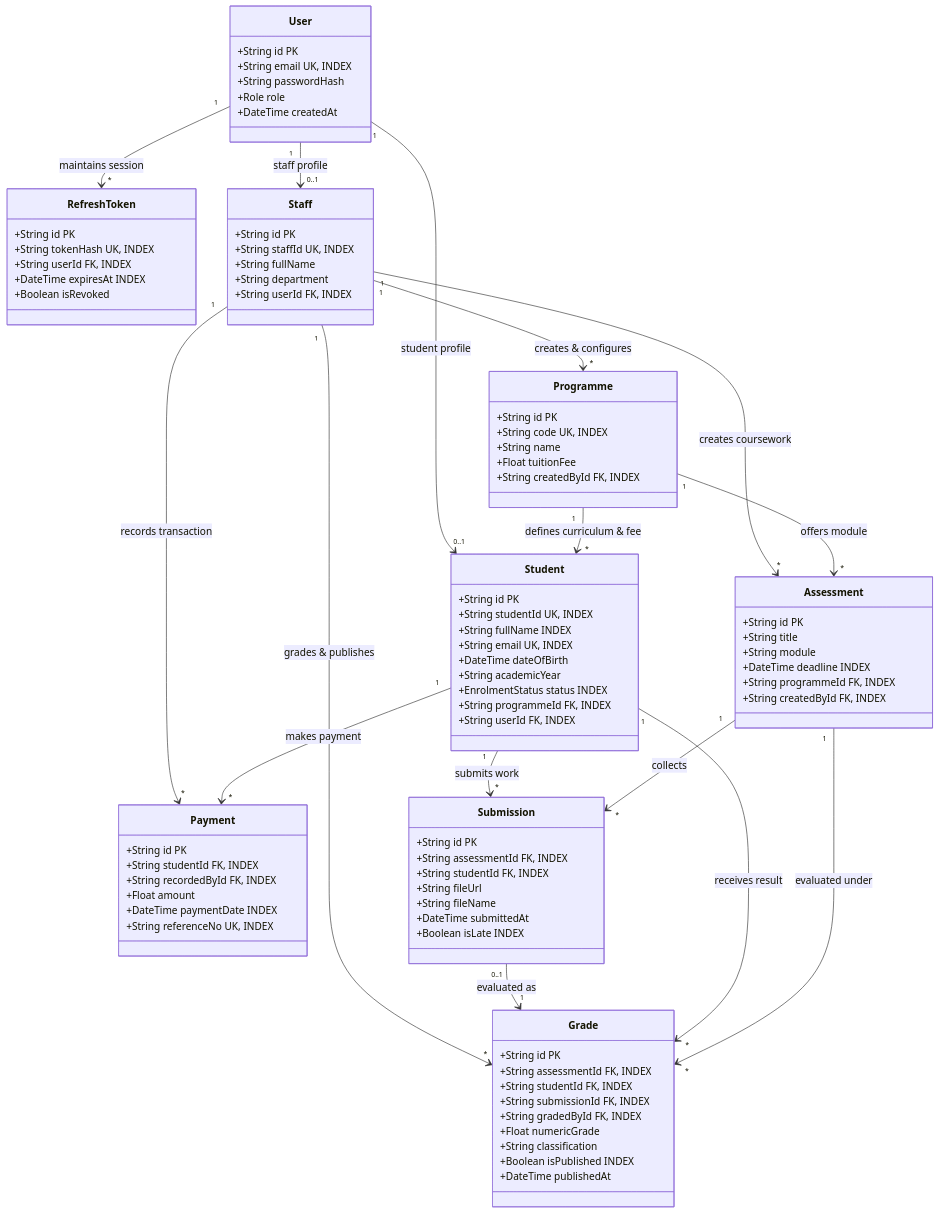
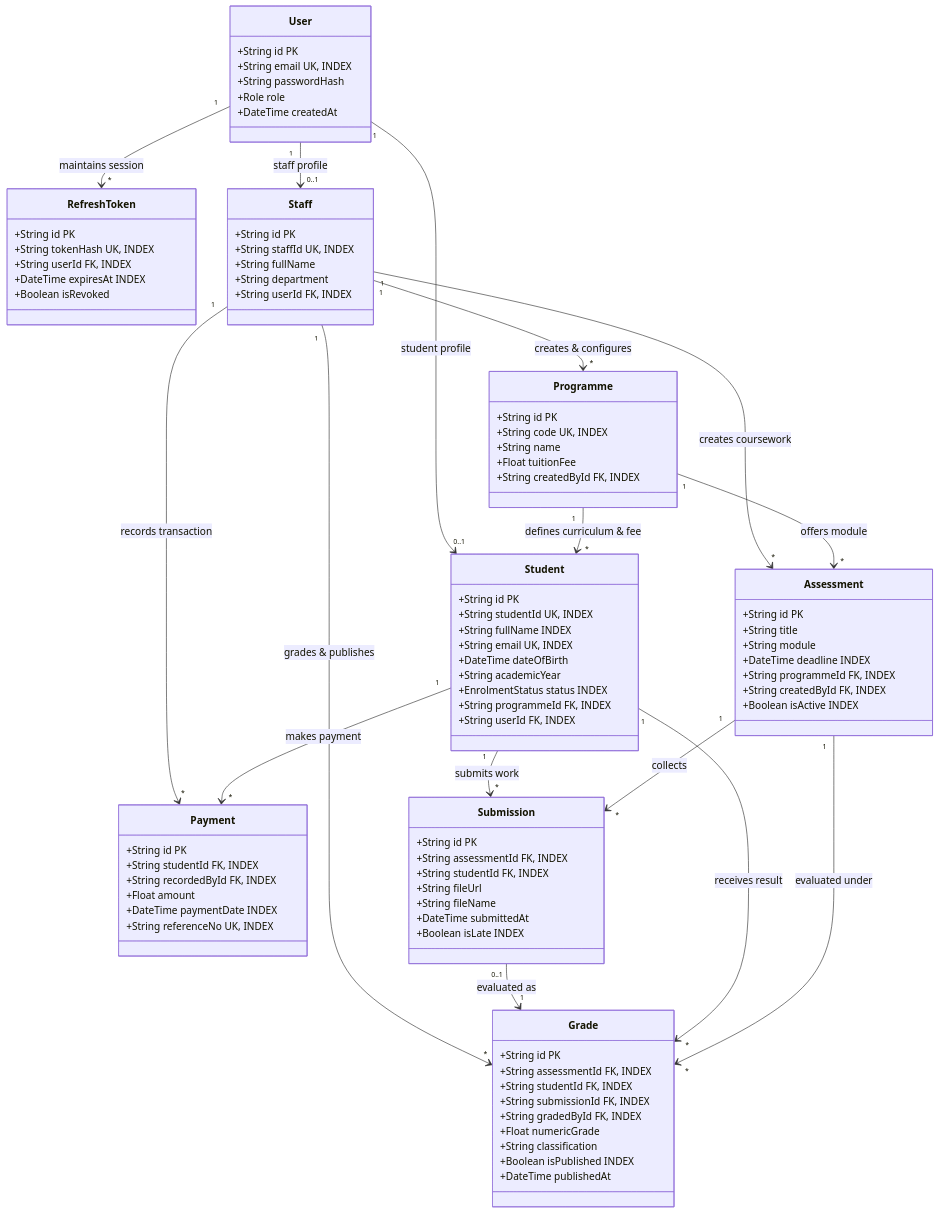
Before and after one commit to M45um19/student_management_system: the second of 2 diagrams in README.md, drawn with Mermaid. The commit also changed other lines of this file and 29 other files, not shown here.

```diff
--- a/README.md
+++ b/README.md
@@ -197,6 +205,7 @@
         +DateTime deadline INDEX
         +String programmeId FK, INDEX
         +String createdById FK, INDEX
+        +Boolean isActive INDEX
     }
 
     class Submission {
```
